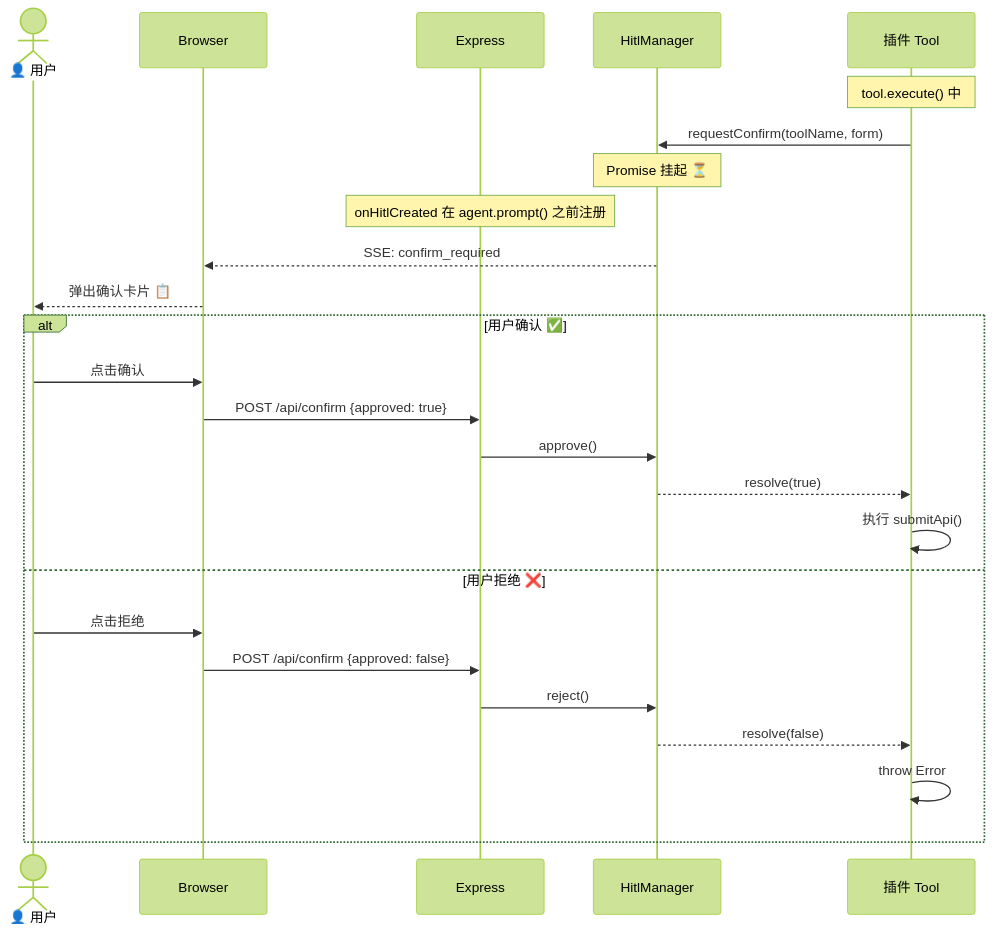
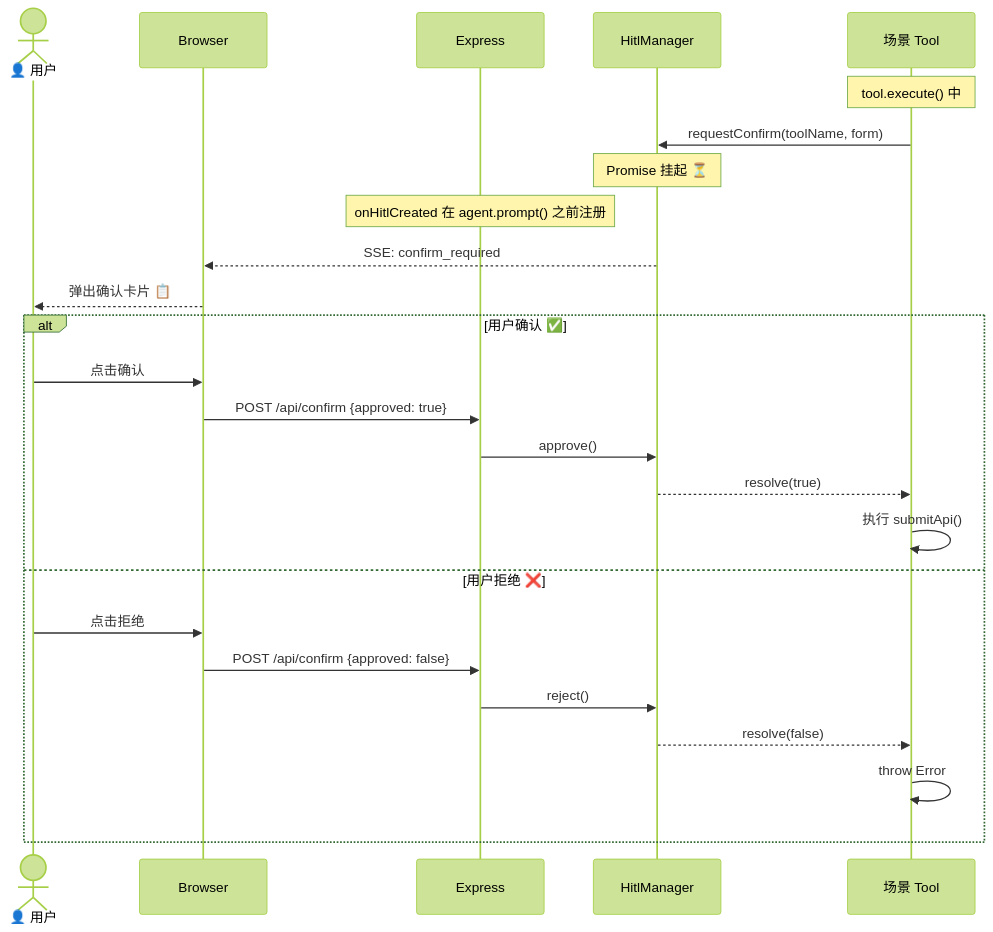
One commit to yjzaaa/leave-approval-agent changed the sixth of 7 diagrams in CLAUDE.md. Above: the diagram before and after it, drawn with Mermaid (forest theme). The commit also changed other lines of this file and 80 other files, not shown here.

````diff
--- a/CLAUDE.md
+++ b/CLAUDE.md
@@ -219,30 +219,30 @@
 ```mermaid
 sequenceDiagram
     actor User as 👤 用户
     participant Browser as Browser
     participant Express as Express
     participant Hitl as HitlManager
-    participant Tool as 插件 Tool
+    participant Tool as 场景 Tool
 
     Note over Tool: tool.execute() 中
     Tool->>Hitl: requestConfirm(toolName, form)
     Note over Hitl: Promise 挂起 ⏳
     Note over Express: onHitlCreated 在 agent.prompt() 之前注册
 
     Hitl-->>Browser: SSE: confirm_required
     Browser-->>User: 弹出确认卡片 📋
 
     alt 用户确认 ✅
         User->>Browser: 点击确认
         Browser->>Express: POST /api/confirm {approved: true}
         Express->>Hitl: approve()
         Hitl-->>Tool: resolve(true)
         Tool->>Tool: 执行 submitApi()
     else 用户拒绝 ❌
         User->>Browser: 点击拒绝
         Browser->>Express: POST /api/confirm {approved: false}
         Express->>Hitl: reject()
         Hitl-->>Tool: resolve(false)
         Tool->>Tool: throw Error
     end
 ```
````
